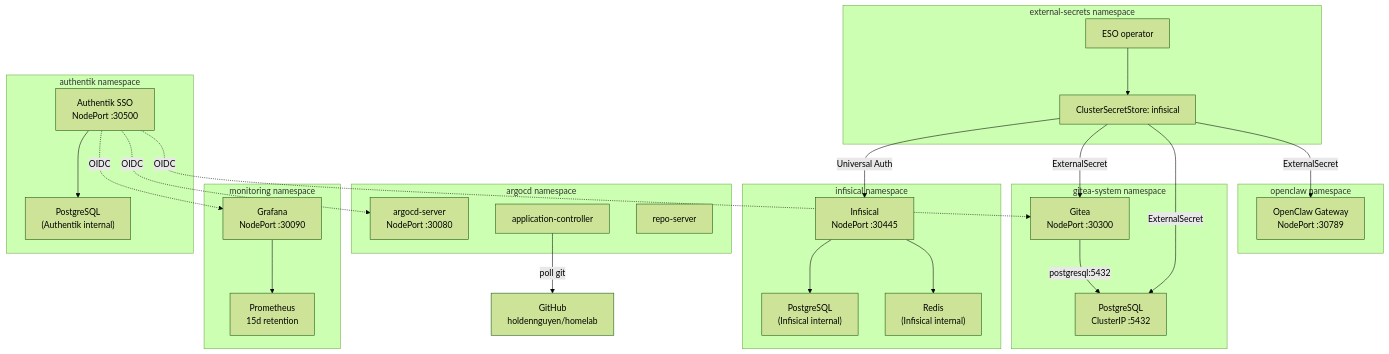
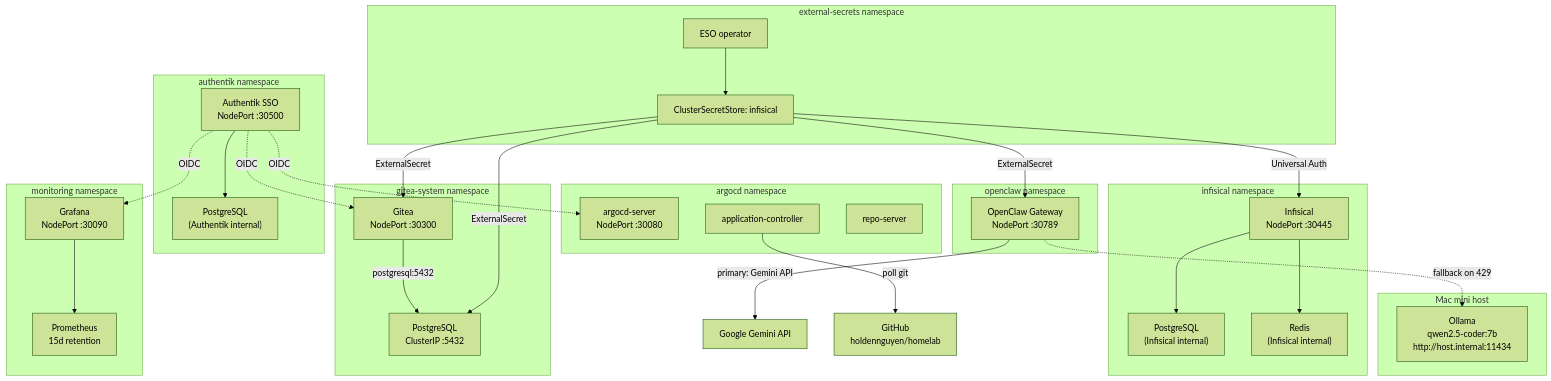
Before and after one commit to haingth77/homelab: the fourth of 4 diagrams in docs/architecture.md, drawn with Mermaid (forest theme). The commit also changed other lines of this file and 3 other files, not shown here.

First line of the commit message:
fix: remove per-agent model overrides to enable Ollama fallback chain

````diff
--- a/docs/architecture.md
+++ b/docs/architecture.md
@@ -176,54 +176,60 @@
 ```mermaid
 flowchart TD
     subgraph infisicalNs["infisical namespace"]
         InfisicalPod["Infisical\nNodePort :30445"]
         InfisicalPG["PostgreSQL\n(Infisical internal)"]
         InfisicalRedis["Redis\n(Infisical internal)"]
         InfisicalPod --> InfisicalPG
         InfisicalPod --> InfisicalRedis
     end
 
     subgraph esoNs["external-secrets namespace"]
         ESOPod["ESO operator"]
         CSS["ClusterSecretStore: infisical"]
     end
 
     subgraph argocdNs["argocd namespace"]
         ArgoServer["argocd-server\nNodePort :30080"]
         ArgoController["application-controller"]
         ArgoRepo["repo-server"]
     end
 
     subgraph giteaNs["gitea-system namespace"]
         GiteaPod["Gitea\nNodePort :30300"]
         PGPod["PostgreSQL\nClusterIP :5432"]
         GiteaPod -- "postgresql:5432" --> PGPod
     end
 
     subgraph monNs["monitoring namespace"]
         GrafanaPod["Grafana\nNodePort :30090"]
         PromPod["Prometheus\n15d retention"]
         GrafanaPod --> PromPod
     end
 
     subgraph authentikNs["authentik namespace"]
         AuthentikPod["Authentik SSO\nNodePort :30500"]
         AuthentikPG["PostgreSQL\n(Authentik internal)"]
         AuthentikPod --> AuthentikPG
     end
 
     subgraph openclawNs["openclaw namespace"]
         OpenClawPod["OpenClaw Gateway\nNodePort :30789"]
     end
 
+    subgraph hostServices["Mac mini host"]
+        OllamaHost["Ollama\nqwen2.5-coder:7b\nhttp://host.internal:11434"]
+    end
+
     AuthentikPod -. "OIDC" .-> GrafanaPod
     AuthentikPod -. "OIDC" .-> ArgoServer
     AuthentikPod -. "OIDC" .-> GiteaPod
 
     ESOPod --> CSS
     CSS -- "Universal Auth" --> InfisicalPod
     CSS -- "ExternalSecret" --> GiteaPod
     CSS -- "ExternalSecret" --> PGPod
     CSS -- "ExternalSecret" --> OpenClawPod
+    OpenClawPod -- "primary: Gemini API" --> GeminiAPI["Google Gemini API"]
+    OpenClawPod -. "fallback on 429" .-> OllamaHost
     ArgoController -- "poll git" --> GitHub["GitHub\nholdennguyen/homelab"]
 ```
````
